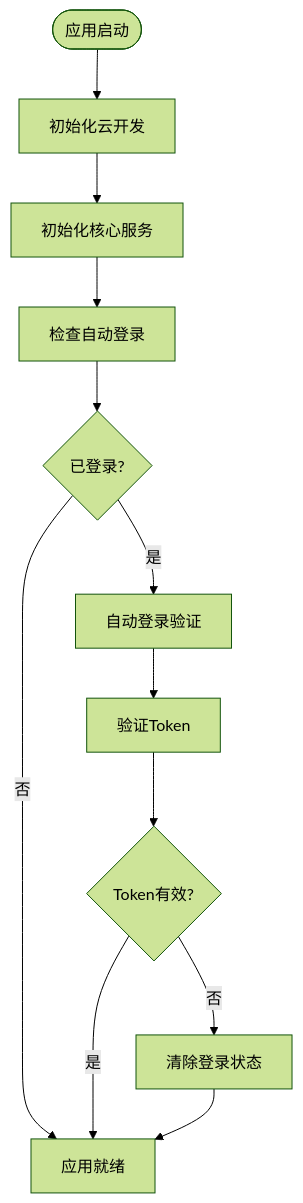
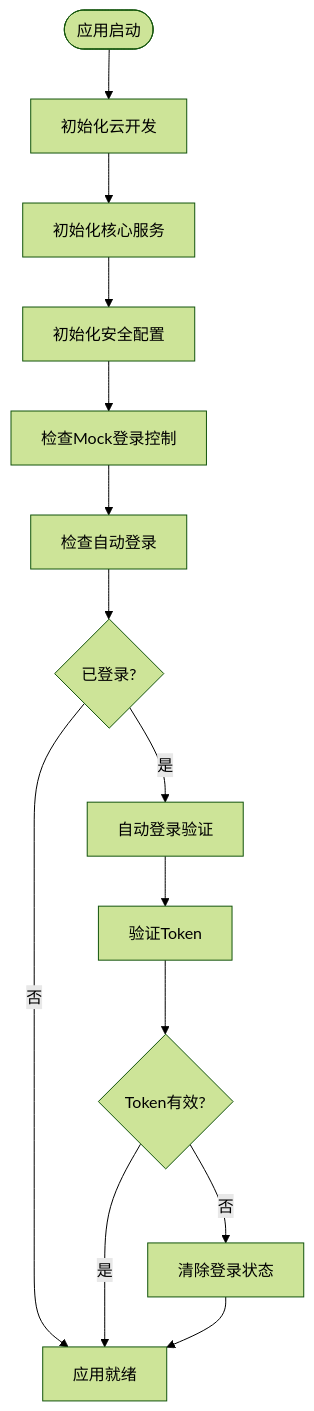
One commit to guyuefangyuanl/Over-the-counter-options changed the third of 12 diagrams in .qoder/repowiki/zh/content/Miniprogram Authentication Flow.md. Above: the diagram before and after it, drawn with Mermaid (forest theme). The commit also changed other lines of this file and 29 other files, not shown here.

````diff
--- a/.qoder/repowiki/zh/content/Miniprogram Authentication Flow.md
+++ b/.qoder/repowiki/zh/content/Miniprogram Authentication Flow.md
@@ -119,14 +128,16 @@
 ```mermaid
 flowchart TD
 Start([应用启动]) --> InitCloud["初始化云开发"]
 InitCloud --> InitServices["初始化核心服务"]
-InitServices --> CheckAutoLogin["检查自动登录"]
+InitServices --> InitSecurity["初始化安全配置"]
+InitSecurity --> CheckMockLogin["检查Mock登录控制"]
+CheckMockLogin --> CheckAutoLogin["检查自动登录"]
 CheckAutoLogin --> IsLoggedIn{"已登录?"}
 IsLoggedIn --> |是| AutoLogin["自动登录验证"]
 IsLoggedIn --> |否| Ready["应用就绪"]
 AutoLogin --> VerifyToken["验证Token"]
 VerifyToken --> TokenValid{"Token有效?"}
 TokenValid --> |是| Ready
 TokenValid --> |否| ClearState["清除登录状态"]
 ClearState --> Ready
 ```
````
